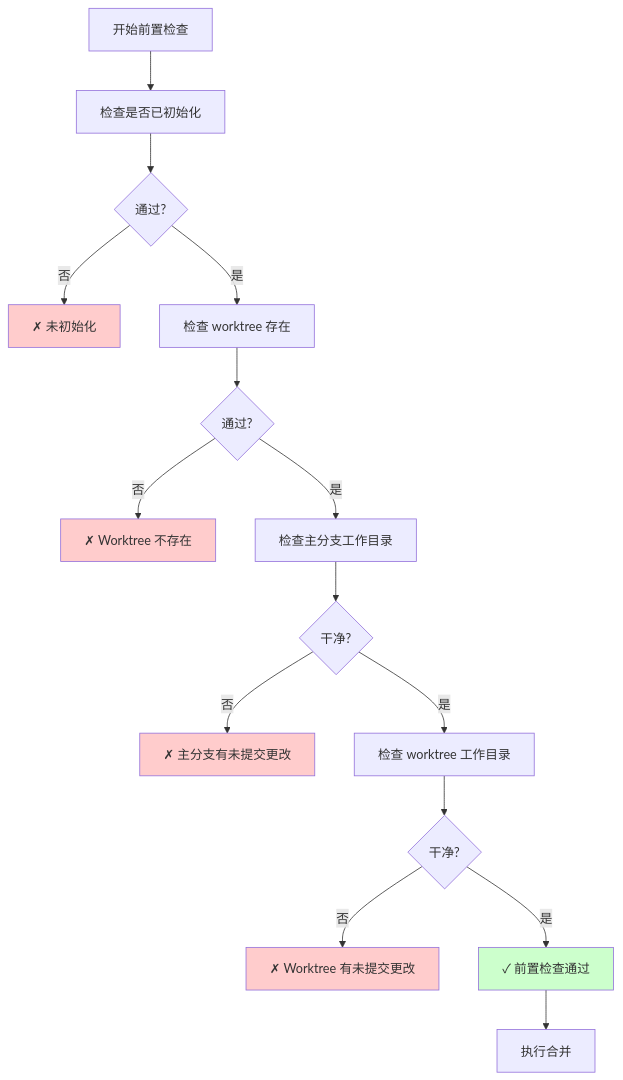
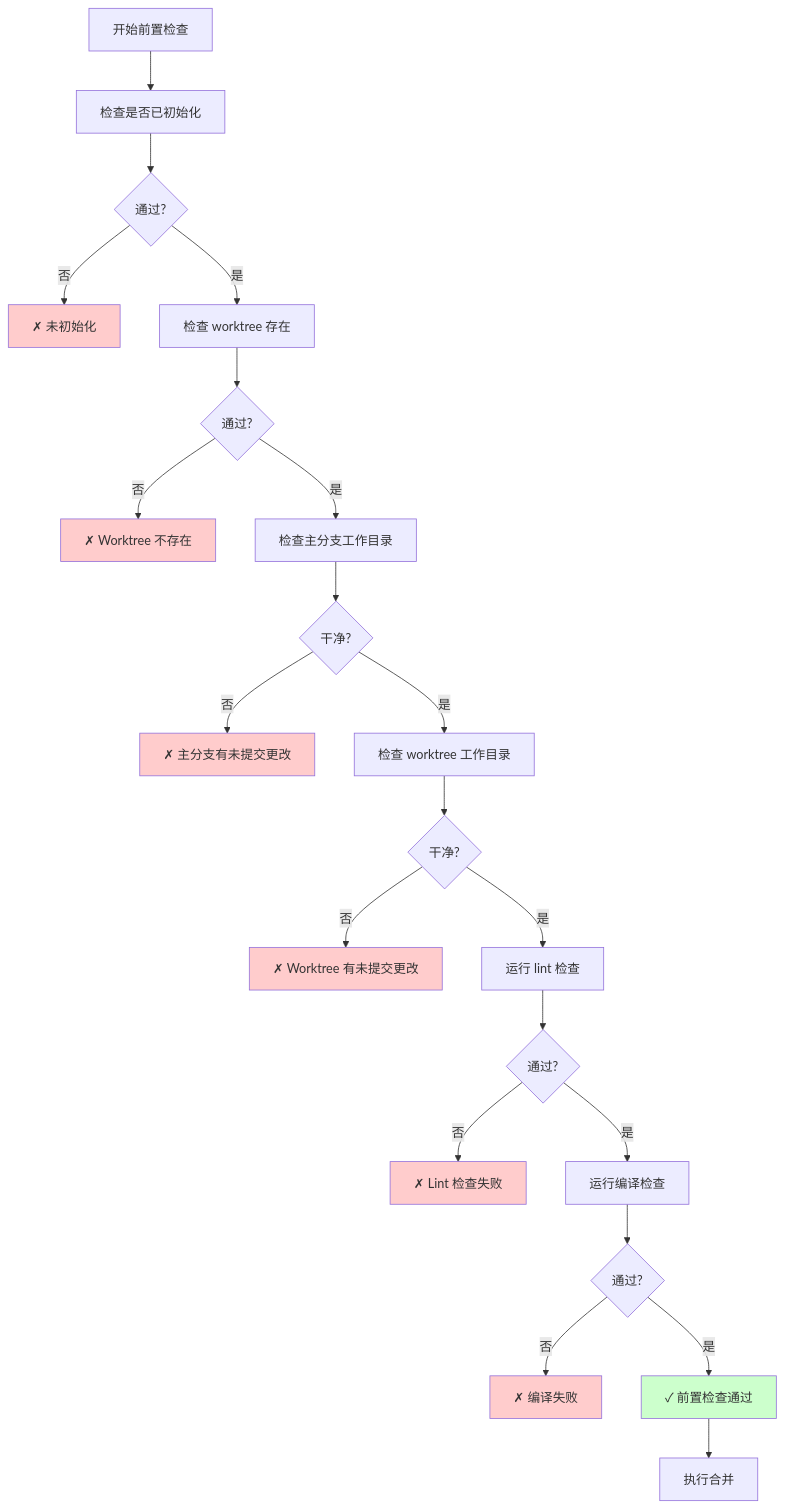
The fourth of 6 diagrams in docs/design-merge-command.md (colin-han/colyn), drawn with Mermaid before and after one commit. The commit also changed other lines of this file and 6 other files, not shown here.

````diff
--- a/docs/design-merge-command.md
+++ b/docs/design-merge-command.md
@@ -266,27 +271,37 @@
 ```mermaid
 graph TD
     Start[开始前置检查] --> Check1[检查是否已初始化]
     Check1 --> Pass1{通过?}
     Pass1 -->|否| Error1[✗ 未初始化]
     Pass1 -->|是| Check2[检查 worktree 存在]
 
     Check2 --> Pass2{通过?}
     Pass2 -->|否| Error2[✗ Worktree 不存在]
     Pass2 -->|是| Check3[检查主分支工作目录]
 
     Check3 --> Pass3{干净?}
     Pass3 -->|否| Error3[✗ 主分支有未提交更改]
     Pass3 -->|是| Check4[检查 worktree 工作目录]
 
     Check4 --> Pass4{干净?}
     Pass4 -->|否| Error4[✗ Worktree 有未提交更改]
-    Pass4 -->|是| Success[✓ 前置检查通过]
+    Pass4 -->|是| Check5[运行 lint 检查]
+
+    Check5 --> Pass5{通过?}
+    Pass5 -->|否| Error5[✗ Lint 检查失败]
+    Pass5 -->|是| Check6[运行编译检查]
+
+    Check6 --> Pass6{通过?}
+    Pass6 -->|否| Error6[✗ 编译失败]
+    Pass6 -->|是| Success[✓ 前置检查通过]
 
     Success --> Merge[执行合并]
 
     style Error1 fill:#ffcccc
     style Error2 fill:#ffcccc
     style Error3 fill:#ffcccc
     style Error4 fill:#ffcccc
+    style Error5 fill:#ffcccc
+    style Error6 fill:#ffcccc
     style Success fill:#ccffcc
 ```
````
